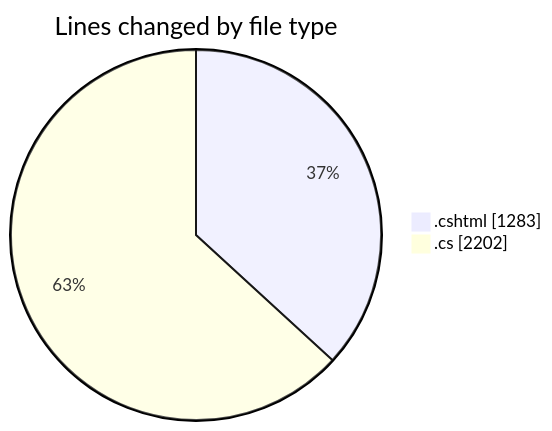
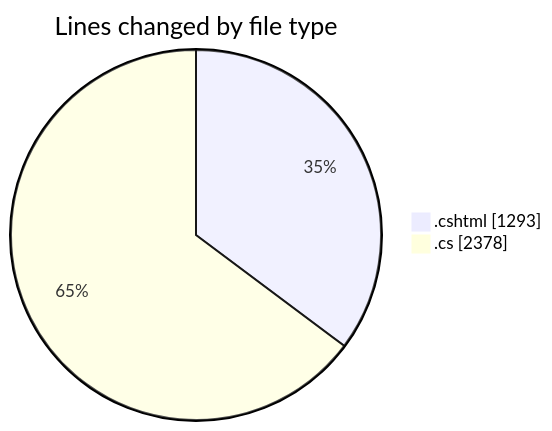
One commit to lephambinh05/code-tracking changed the first of 2 diagrams in 2025-07-17/nhahang/README.md. Above: the diagram before and after it, drawn with Mermaid. The commit also changed other lines of this file and 1 other file, not shown here.

````diff
--- a/2025-07-17/nhahang/README.md
+++ b/2025-07-17/nhahang/README.md
@@ -55,6 +58,6 @@
 ```mermaid
 pie showData
 title Lines changed by file type
-".cshtml" : 1283
-".cs" : 2202
+".cshtml" : 1293
+".cs" : 2378
 ```
````
